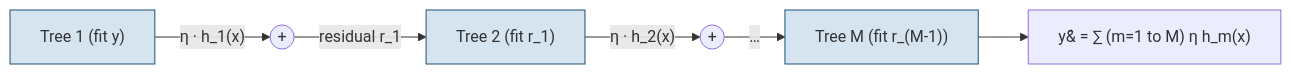
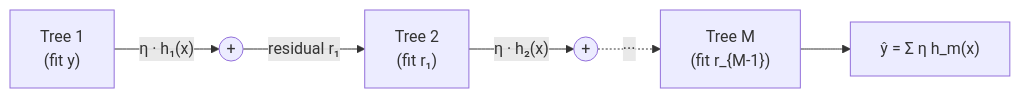
One commit to xRyann2255/ML-GS changed the third of 4 diagrams in vol-learning-guide/markdown/ch11-tree-methods-vol.md. Above: the diagram before and after it, drawn with Mermaid. The commit also changed other lines of this file and 19 other files, not shown here.

````diff
--- a/vol-learning-guide/markdown/ch11-tree-methods-vol.md
+++ b/vol-learning-guide/markdown/ch11-tree-methods-vol.md
@@ -421,16 +186,8 @@
 ```mermaid
 flowchart LR
-    t1["Tree 1 (fit y)"]
-    s1(("+"))
-    t2["Tree 2 (fit r_1)"]
-    s2(("+"))
-    tm["Tree M (fit r_(M-1))"]
-    out["y&#770; = &sum; (m=1 to M) &eta; h_m(x)"]
-    t1 -- "&eta; &middot; h_1(x)" --> s1
-    s1 -- "residual r_1" --> t2
-    t2 -- "&eta; &middot; h_2(x)" --> s2
-    s2 -- "&hellip;" --> tm
-    tm --> out
-    classDef tree fill:#d6e4f0,stroke:#1a5276;
-    class t1,t2,tm tree;
+  t1["Tree 1<br/>(fit y)"] -- "η · h₁(x)" --> s1(("+"))
+  s1 -- "residual r₁" --> t2["Tree 2<br/>(fit r₁)"]
+  t2 -- "η · h₂(x)" --> s2(("+"))
+  s2 -. "···" .-> tm["Tree M<br/>(fit r_{M-1})"]
+  tm --> out["ŷ = Σ η h_m(x)"]
 ```
````
